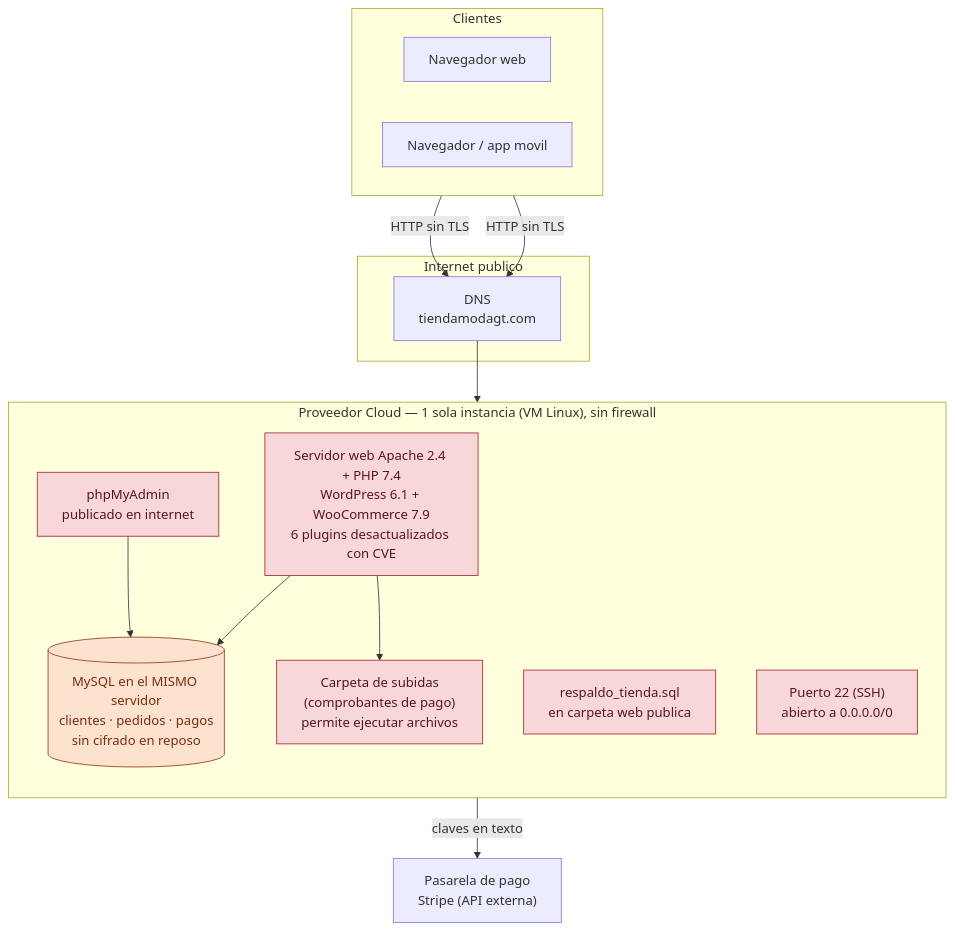
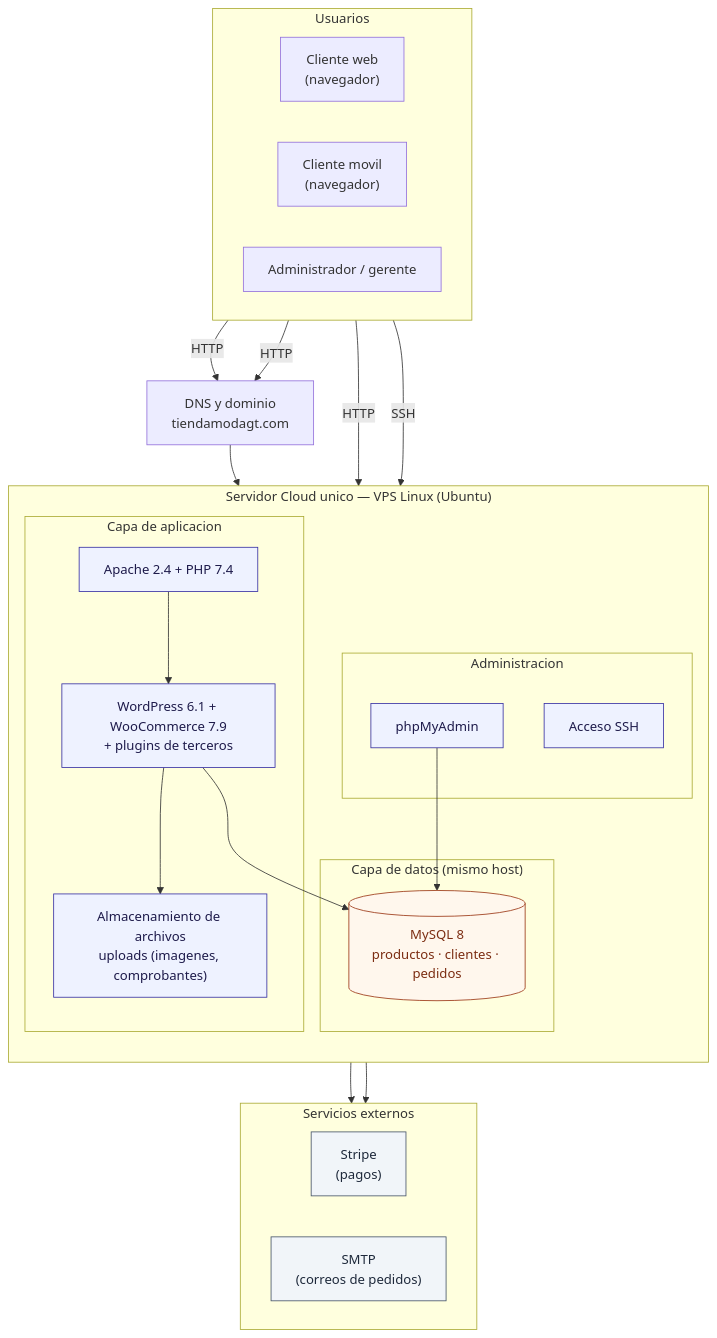
Before and after one commit to JavierNavas/tienda-moda-gt: the first of 2 diagrams in ARQUITECTURA.md, drawn with Mermaid. The commit also changed other lines of this file and 1 other file, not shown here.

Commit message:
Refina el diagrama de produccion as-is: capas de aplicacion, datos y administracion con servicios externos, estilo de infraestructura real

````diff
--- a/ARQUITECTURA.md
+++ b/ARQUITECTURA.md
@@ -40,37 +40,52 @@
 ```mermaid
 flowchart TB
-    subgraph CLIENTES["Clientes"]
+    subgraph USUARIOS["Usuarios"]
         direction LR
-        WEB["Navegador web"]
-        MOV["Navegador / app movil"]
+        WEB["Cliente web<br/>(navegador)"]
+        MOV["Cliente movil<br/>(navegador)"]
+        OPS["Administrador / gerente"]
     end
 
-    subgraph INET["Internet publico"]
-        DNS["DNS<br/>tiendamodagt.com"]
+    DNS["DNS y dominio<br/>tiendamodagt.com"]
+
+    subgraph HOST["Servidor Cloud unico — VPS Linux (Ubuntu)"]
+        direction TB
+        subgraph APPL["Capa de aplicacion"]
+            APA["Apache 2.4 + PHP 7.4"]
+            WP["WordPress 6.1 + WooCommerce 7.9<br/>+ plugins de terceros"]
+            MEDIA["Almacenamiento de archivos<br/>uploads (imagenes, comprobantes)"]
+        end
+        subgraph DATA["Capa de datos (mismo host)"]
+            DB[("MySQL 8<br/>productos · clientes · pedidos")]
+        end
+        subgraph MGMT["Administracion"]
+            PMA["phpMyAdmin"]
+            SSH["Acceso SSH"]
+        end
     end
 
-    subgraph CLOUD["Proveedor Cloud — 1 sola instancia (VM Linux), sin firewall"]
-        direction TB
-        APA["Servidor web Apache 2.4 + PHP 7.4<br/>WordPress 6.1 + WooCommerce 7.9<br/>6 plugins desactualizados con CVE"]
-        UPL["Carpeta de subidas<br/>(comprobantes de pago)<br/>permite ejecutar archivos"]
-        PMA["phpMyAdmin<br/>publicado en internet"]
-        BK["respaldo_tienda.sql<br/>en carpeta web publica"]
-        SSH["Puerto 22 (SSH)<br/>abierto a 0.0.0.0/0"]
-        DB[("MySQL en el MISMO servidor<br/>clientes · pedidos · pagos<br/>sin cifrado en reposo")]
+    subgraph EXT["Servicios externos"]
+        direction LR
+        PAY["Stripe<br/>(pagos)"]
+        MAIL["SMTP<br/>(correos de pedidos)"]
     end
 
-    PAY["Pasarela de pago<br/>Stripe (API externa)"]
+    WEB -->|"HTTP"| DNS
+    MOV -->|"HTTP"| DNS
+    DNS --> APA
+    APA --> WP
+    WP --> DB
+    WP --> MEDIA
+    WP --> PAY
+    WP --> MAIL
+    OPS -->|"HTTP"| PMA
+    PMA --> DB
+    OPS -->|"SSH"| SSH
 
-    WEB -->|"HTTP sin TLS"| DNS
-    MOV -->|"HTTP sin TLS"| DNS
-    DNS --> APA
-    APA --> DB
-    APA --> UPL
-    APA -->|"claves en texto"| PAY
-    PMA --> DB
-
-    classDef bad fill:#f8d7da,stroke:#a3262a,color:#58151c;
-    classDef db fill:#fde2cf,stroke:#9a3412,color:#7c2d12;
-    class APA,UPL,PMA,BK,SSH bad;
+    classDef app fill:#eef2ff,stroke:#3730a3,color:#1e1b4b;
+    classDef db fill:#fff7ed,stroke:#9a3412,color:#7c2d12;
+    classDef ext fill:#f1f5f9,stroke:#475569,color:#1e293b;
+    class APA,WP,MEDIA,PMA,SSH app;
     class DB db;
+    class PAY,MAIL ext;
 ```
````
